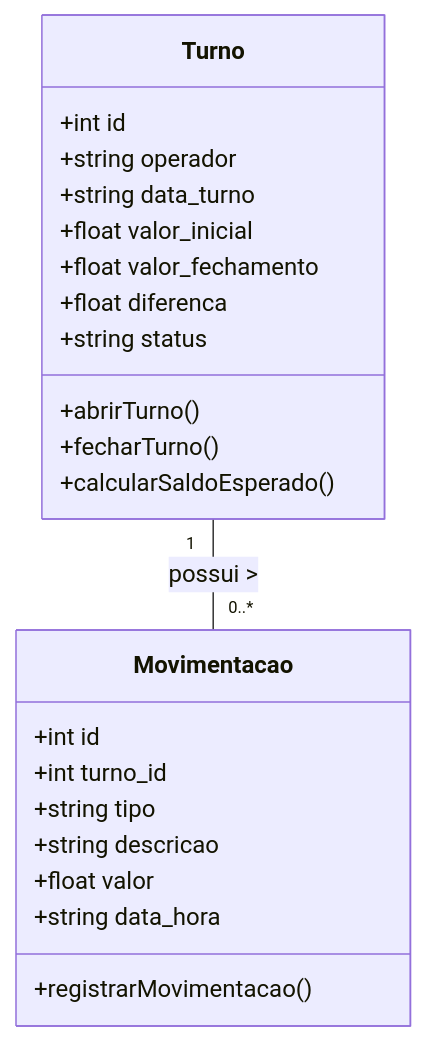
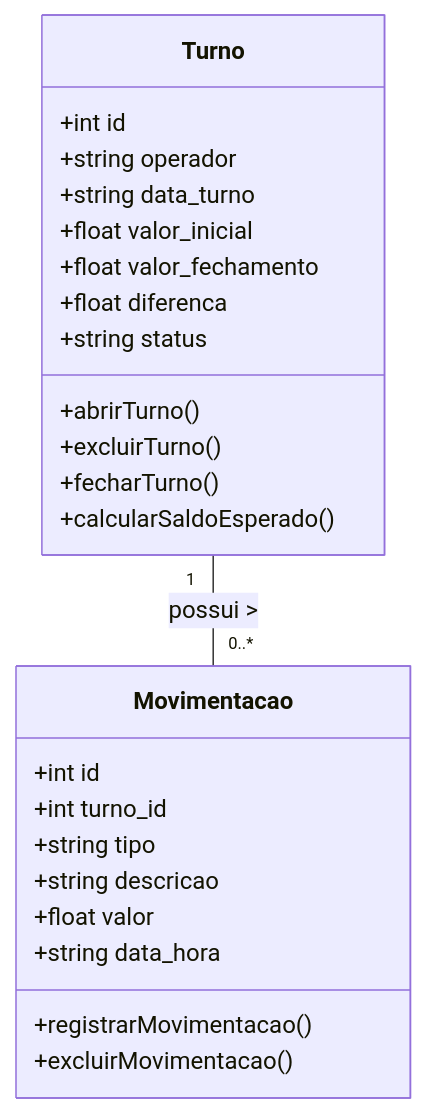
Before and after one commit to ElyssonReis/pit2-controle-caixa: the second of 2 diagrams in docs/documentacao-projeto.md, drawn with Mermaid. The commit also changed other lines of this file and 9 other files, not shown here.

````diff
--- a/docs/documentacao-projeto.md
+++ b/docs/documentacao-projeto.md
@@ -54,27 +56,29 @@
 ```mermaid
 classDiagram
     class Turno {
         +int id
         +string operador
         +string data_turno
         +float valor_inicial
         +float valor_fechamento
         +float diferenca
         +string status
         +abrirTurno()
+        +excluirTurno()
         +fecharTurno()
         +calcularSaldoEsperado()
     }
 
     class Movimentacao {
         +int id
         +int turno_id
         +string tipo
         +string descricao
         +float valor
         +string data_hora
         +registrarMovimentacao()
+        +excluirMovimentacao()
     }
 
     Turno "1" -- "0..*" Movimentacao : possui >
 ```
````
